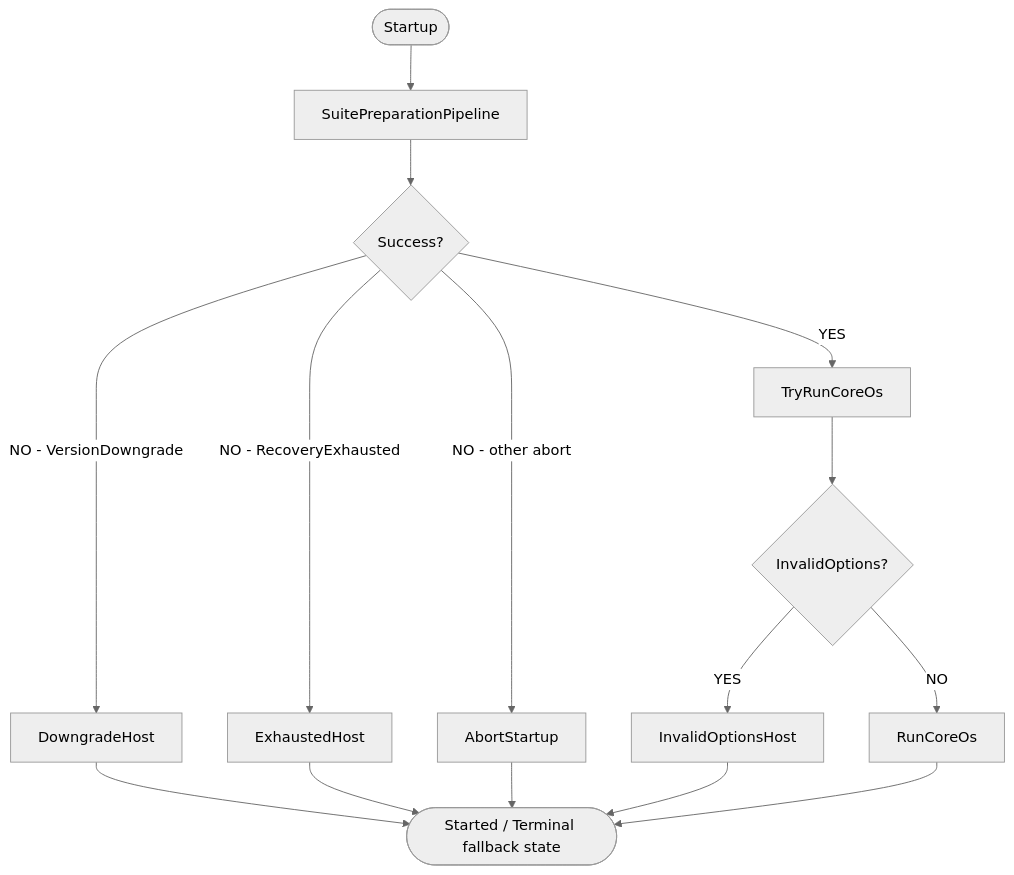
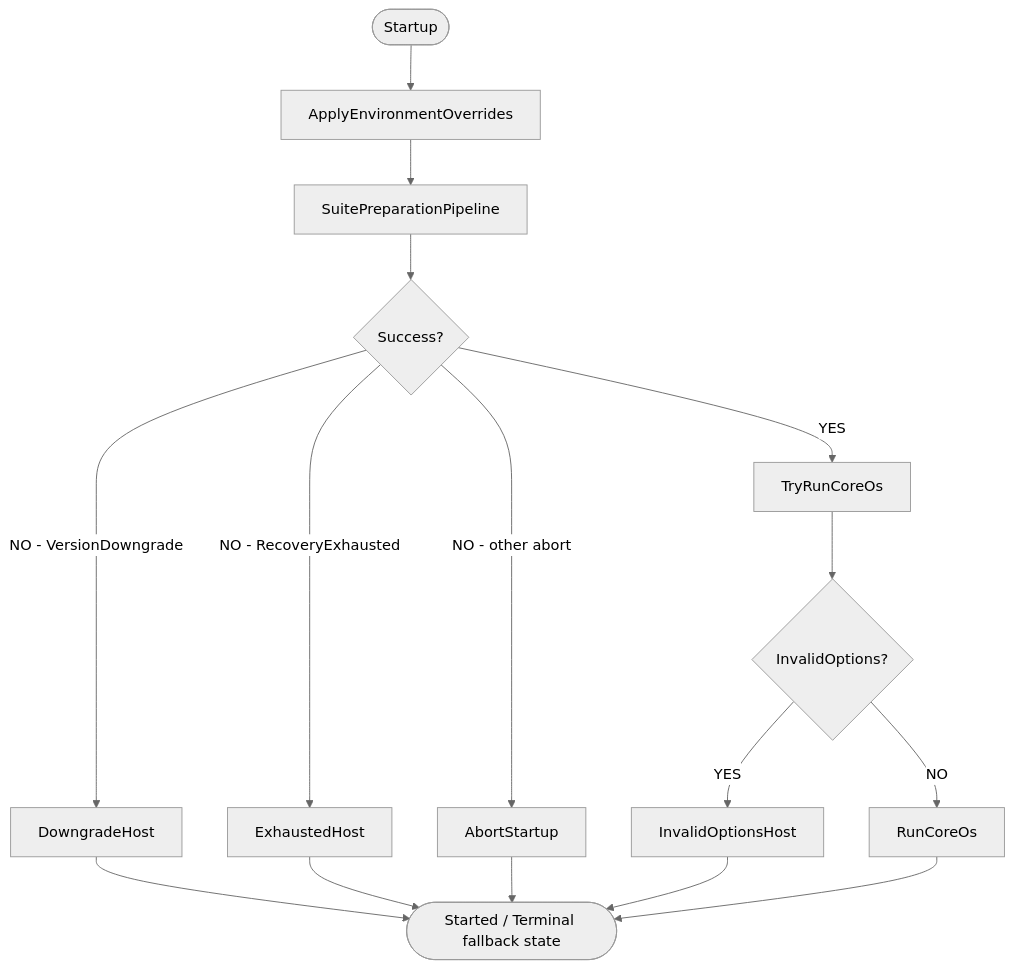
One commit to vicione-oss/vicione-suite-suite changed the first of 4 diagrams in docs/suite-startup.md. Above: the diagram before and after it, drawn with Mermaid (neutral theme). The commit also changed other lines of this file and 17 other files, not shown here.

````diff
--- a/docs/suite-startup.md
+++ b/docs/suite-startup.md
@@ -11,23 +12,24 @@
 ```mermaid
 flowchart TD
     Start([Startup])
-    Start --> SuitePreparationPipeline
+    Start --> ApplyEnvironmentOverrides
+    ApplyEnvironmentOverrides --> SuitePreparationPipeline
     SuitePreparationPipeline --> IsPrepared{Success?}
 
     IsPrepared -->|YES| TryRunCoreOs
     IsPrepared -->|NO - VersionDowngrade| DowngradeHost
     IsPrepared -->|NO - RecoveryExhausted| ExhaustedHost
     IsPrepared -->|NO - other abort| AbortStartup
 
     TryRunCoreOs --> HasInvalidOptions{InvalidOptions?}
     HasInvalidOptions -->|NO| RunCoreOs
     HasInvalidOptions -->|YES| InvalidOptionsHost
 
     DowngradeHost --> End
     ExhaustedHost --> End
     AbortStartup --> End
     InvalidOptionsHost --> End
     RunCoreOs --> End
 
     End([Started / Terminal fallback state])
 ```
````
